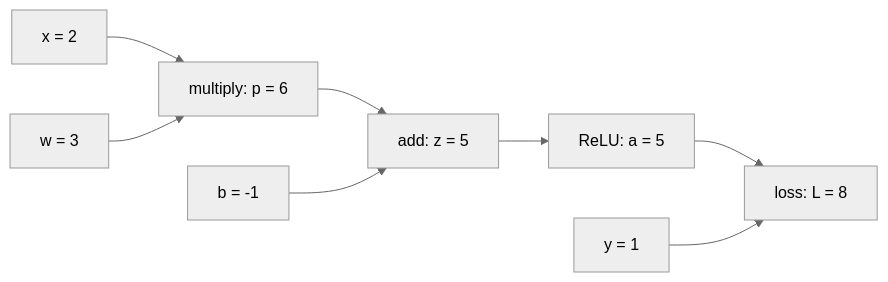
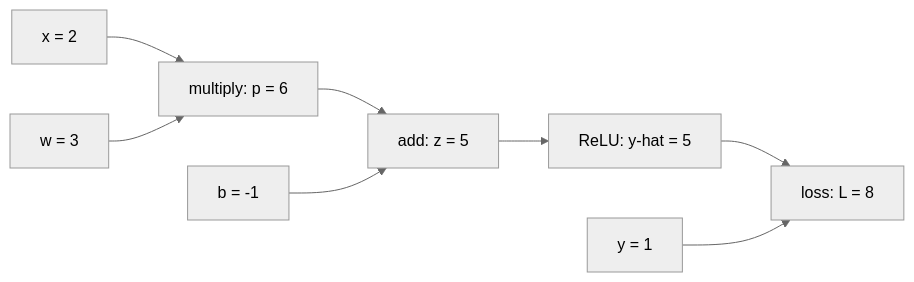
Before and after one commit to lubdhak7414/lubdhak7414.github.io: the diagram in src/content/post/cse425-mid-computation-graphs/index.md, drawn with Mermaid (neutral theme). The commit also changed other lines of this file and 31 other files, not shown here.

````diff
--- a/src/content/post/cse425-mid-computation-graphs/index.md
+++ b/src/content/post/cse425-mid-computation-graphs/index.md
@@ -23,10 +31,10 @@
 ```mermaid
 flowchart LR
   x["x = 2"] --> m["multiply: p = 6"]
   w["w = 3"] --> m
   m --> s["add: z = 5"]
   b["b = -1"] --> s
-  s --> r["ReLU: a = 5"]
+  s --> r["ReLU: y-hat = 5"]
   r --> l["loss: L = 8"]
   y["y = 1"] --> l
 ```
````
